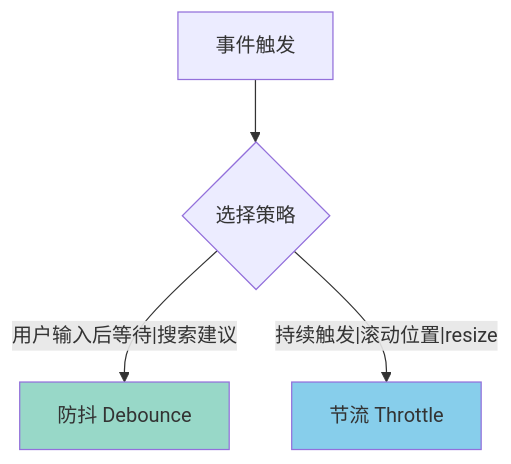
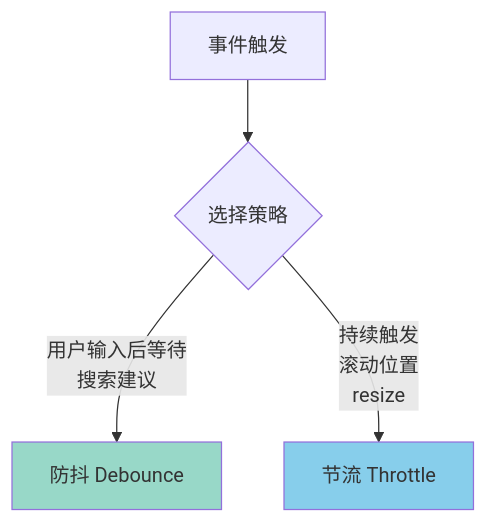
One commit to before80/prgms changed the fifth of 8 diagrams in content/Js/basic/Chapter-39-performance-optimization.md. Above: the diagram before and after it, drawn with Mermaid. The commit also changed other lines of this file and 1645 other files, not shown here.

````diff
--- a/content/Js/basic/Chapter-39-performance-optimization.md
+++ b/content/Js/basic/Chapter-39-performance-optimization.md
@@ -637,8 +637,8 @@
 ```mermaid
 graph TD
     A["事件触发"] --> B{"选择策略"}
-    B -->|"用户输入后等待|搜索建议"| C["防抖 Debounce"]
-    B -->|"持续触发|滚动位置|resize"| D["节流 Throttle"]
+    B -->|"用户输入后等待<br/>搜索建议"| C["防抖 Debounce"]
+    B -->|"持续触发<br/>滚动位置<br/>resize"| D["节流 Throttle"]
     style C fill:#98d8c8
     style D fill:#87ceeb
 ```
````
